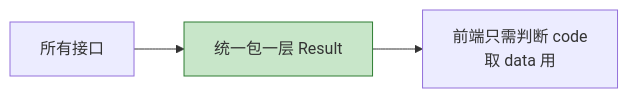
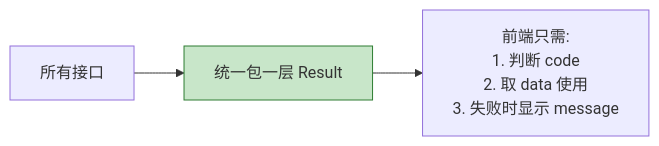
One commit to zerioo1970/summary changed diagram 13 of 17 in spring-boot-3.5-学习资料/06-Web开发-Controller与RESTful.md. Above: the diagram before and after it, drawn with Mermaid. The commit also changed other lines of this file and 1 other file, not shown here.

````diff
--- a/spring-boot-3.5-学习资料/06-Web开发-Controller与RESTful.md
+++ b/spring-boot-3.5-学习资料/06-Web开发-Controller与RESTful.md
@@ -236,7 +814,7 @@
 ```mermaid
 flowchart LR
     A[所有接口] --> B[统一包一层 Result]
-    B --> C["前端只需判断 code<br/>取 data 用"]
+    B --> C["前端只需:<br/>1. 判断 code<br/>2. 取 data 使用<br/>3. 失败时显示 message"]
 
     style B fill:#c8e6c9,stroke:#2e7d32
 ```
````
